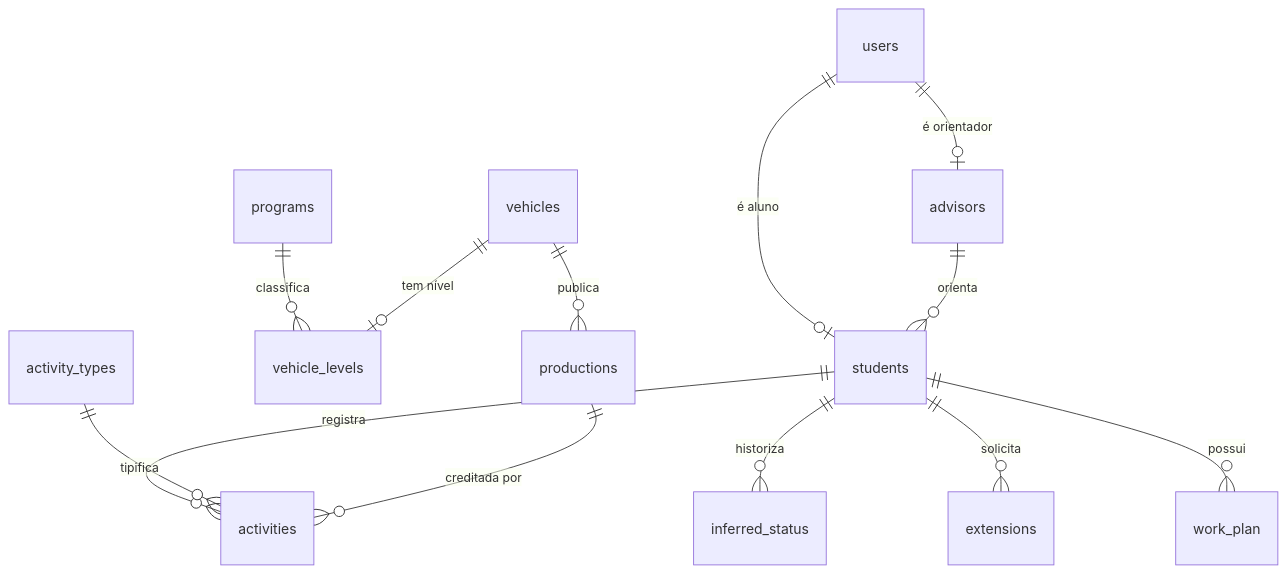
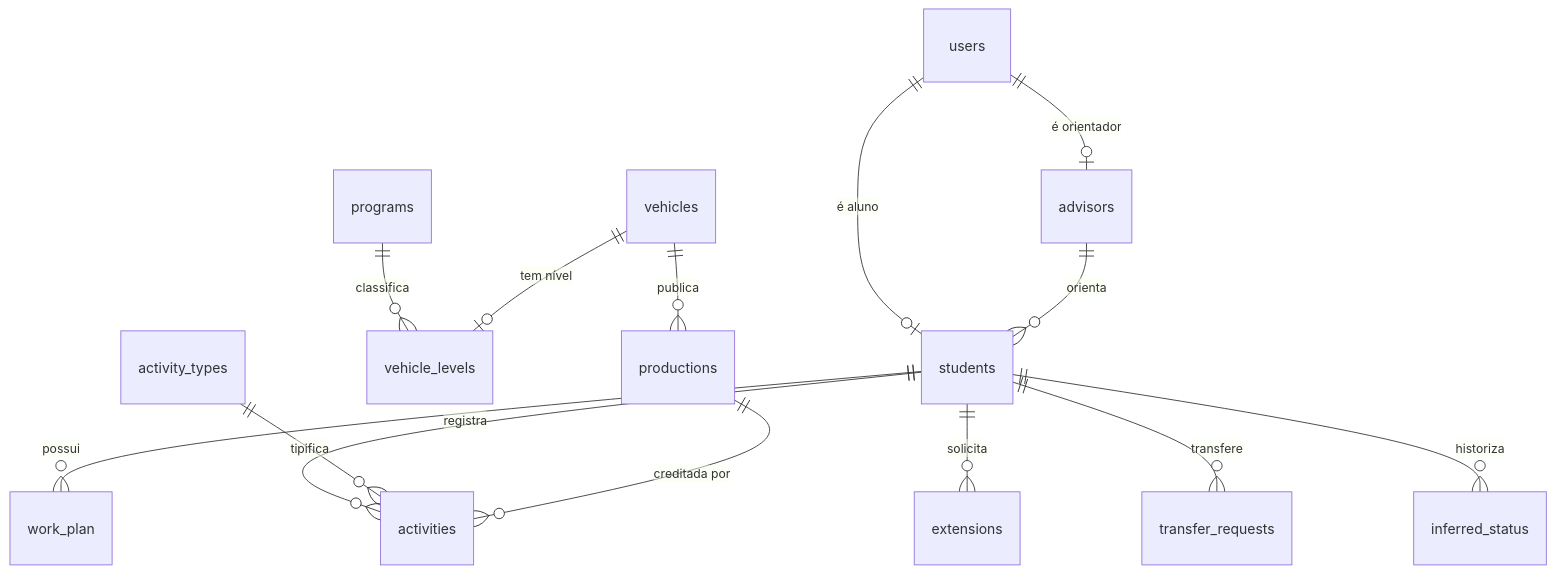
Before and after one commit to PPrauchner/SAGA-Sistema-de-Acompanhamento-e-Gestao-Academica: the first of 5 diagrams in docs/data-model.md, drawn with Mermaid. The commit also changed other lines of this file and 1 other file, not shown here.

````diff
--- a/docs/data-model.md
+++ b/docs/data-model.md
@@ -55,15 +55,16 @@
 ```mermaid
 erDiagram
     users ||--o| students : "é aluno"
     users ||--o| advisors : "é orientador"
     advisors ||--o{ students : orienta
     programs ||--o{ vehicle_levels : classifica
     vehicles ||--o| vehicle_levels : "tem nível"
     students ||--o{ work_plan : possui
     students ||--o{ activities : registra
     students ||--o{ extensions : solicita
+    students ||--o{ transfer_requests : transfere
     students ||--o{ inferred_status : historiza
     activity_types ||--o{ activities : tipifica
     productions ||--o{ activities : "creditada por"
     vehicles ||--o{ productions : publica
 ```
````
